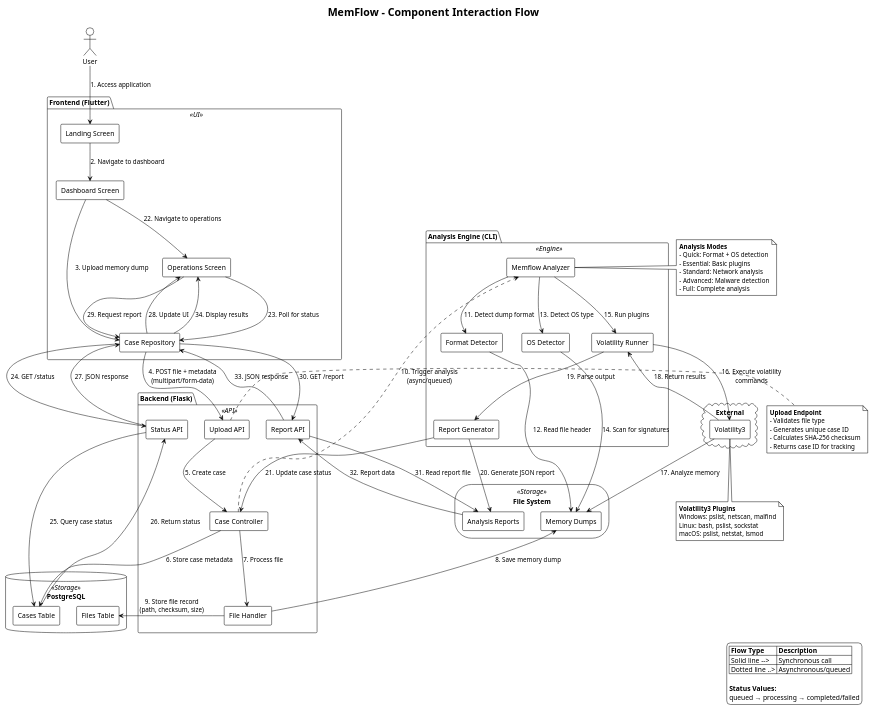
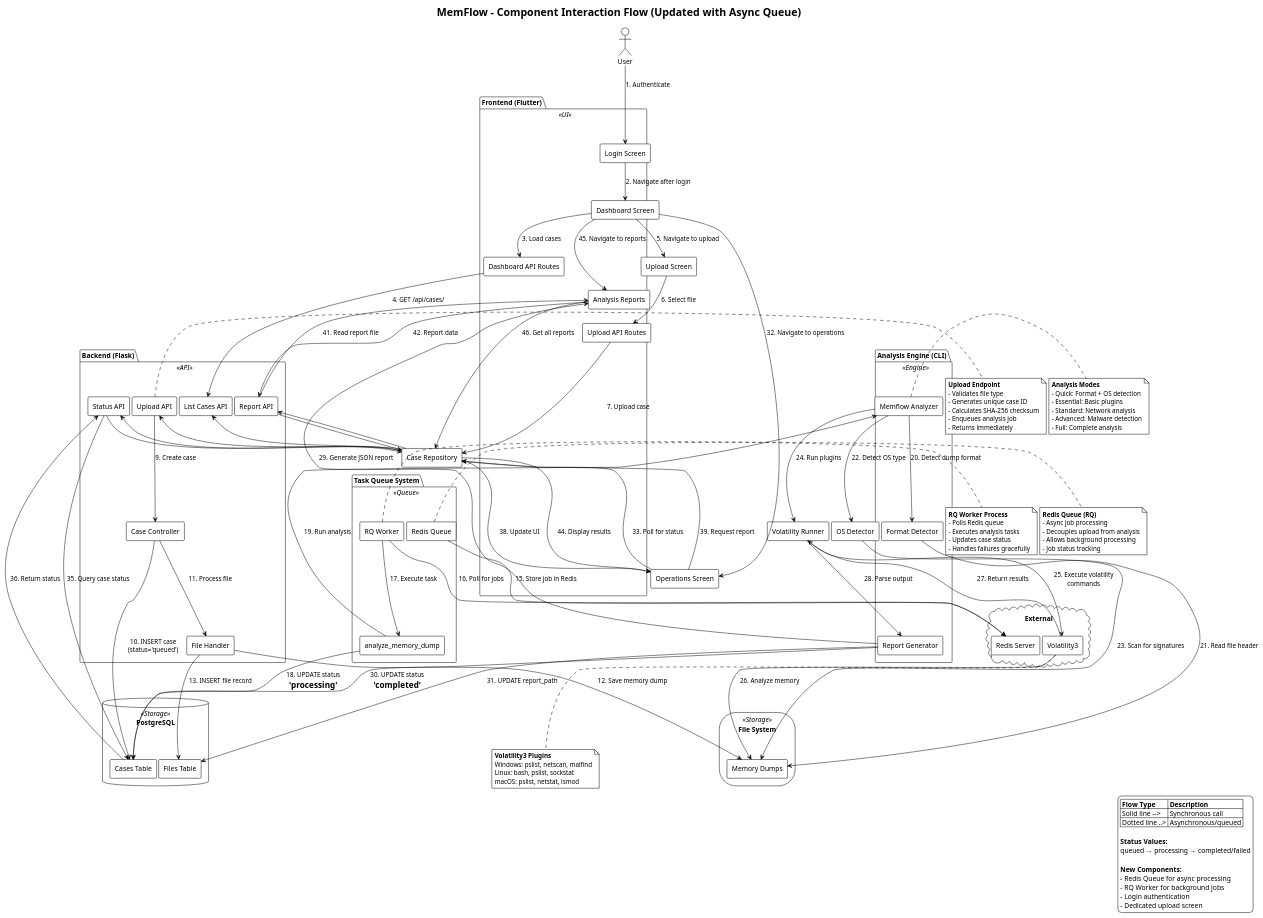
Before and after one commit to TechKing1/MemFlow: the diagram in uml/component_flow.puml, drawn with PlantUML. The commit also changed 3 other files, not shown here.

Commit message:
Updated UML diagrams to match updated project structure

```diff
--- a/uml/component_flow.puml
+++ b/uml/component_flow.puml
@@ -1,138 +1,195 @@
 @startuml MemFlow Component Diagram
 
 !theme plain
 skinparam componentStyle rectangle
 skinparam backgroundColor #FFFFFF
 skinparam shadowing false
 
-title MemFlow - Component Interaction Flow
+title MemFlow - Component Interaction Flow (Updated with Async Queue)
 
 ' Define components with colors
 skinparam component {
     BackgroundColor<<UI>> #E3F2FD
     BorderColor<<UI>> #1976D2
     BackgroundColor<<API>> #FFF3E0
     BorderColor<<API>> #F57C00
+    BackgroundColor<<Queue>> #FFF9C4
+    BorderColor<<Queue>> #F57F17
     BackgroundColor<<Engine>> #E8F5E9
     BorderColor<<Engine>> #388E3C
     BackgroundColor<<Storage>> #F3E5F5
     BorderColor<<Storage>> #7B1FA2
 }
 
 actor User
 
 package "Frontend (Flutter)" <<UI>> {
-    component [Landing Screen] as Landing
+    component [Login Screen] as Login
     component [Dashboard Screen] as Dashboard
+    component [Upload Screen] as Upload
     component [Operations Screen] as Operations
+    component [Reports Screen] as Reports
+    component [Upload API Routes] as UploadRoutes
+    component [Dashboard API Routes] as DashRoutes
     component [Case Repository] as FrontRepo
 }
 
 package "Backend (Flask)" <<API>> {
     component [Upload API] as UploadAPI
     component [Status API] as StatusAPI
     component [Report API] as ReportAPI
+    component [List Cases API] as ListAPI
     component [Case Controller] as CaseCtrl
     component [File Handler] as FileHandler
+}
+
+package "Task Queue System" <<Queue>> {
+    component [Redis Queue] as Queue
+    component [RQ Worker] as Worker
+    component [analyze_memory_dump] as AnalyzeTask
 }
 
 package "Analysis Engine (CLI)" <<Engine>> {
     component [Memflow Analyzer] as Analyzer
     component [Format Detector] as FormatDet
     component [OS Detector] as OSDet
     component [Volatility Runner] as VolRunner
     component [Report Generator] as ReportGen
 }
 
 database "PostgreSQL" <<Storage>> {
     component [Cases Table] as CasesDB
     component [Files Table] as FilesDB
 }
 
 storage "File System" <<Storage>> {
     folder [Memory Dumps] as Dumps
     folder [Analysis Reports] as Reports
 }
 
 cloud "External" {
     component [Volatility3] as Vol3
+    component [Redis Server] as Redis
 }
 
-' User interactions
-User --> Landing : 1. Access application
-Landing --> Dashboard : 2. Navigate to dashboard
-Dashboard --> FrontRepo : 3. Upload memory dump
+' User authentication and navigation
+User --> Login : 1. Authenticate
+Login --> Dashboard : 2. Navigate after login
+Dashboard --> DashRoutes : 3. Load cases
+DashRoutes --> ListAPI : 4. GET /api/cases/
 
 ' Upload flow
-FrontRepo --> UploadAPI : 4. POST file + metadata\n(multipart/form-data)
-UploadAPI --> CaseCtrl : 5. Create case
-CaseCtrl --> CasesDB : 6. Store case metadata
-CaseCtrl --> FileHandler : 7. Process file
-FileHandler --> Dumps : 8. Save memory dump
-FileHandler --> FilesDB : 9. Store file record\n(path, checksum, size)
+Dashboard --> Upload : 5. Navigate to upload
+Upload --> UploadRoutes : 6. Select file
+UploadRoutes --> FrontRepo : 7. Upload case
+FrontRepo --> UploadAPI : 8. POST /api/cases/upload\n(multipart/form-data)
+
+UploadAPI --> CaseCtrl : 9. Create case
+CaseCtrl --> CasesDB : 10. INSERT case\n(status='queued')
+CaseCtrl --> FileHandler : 11. Process file
+FileHandler --> Dumps : 12. Save memory dump
+FileHandler --> FilesDB : 13. INSERT file record
+
+' Async job queuing (NEW)
+CaseCtrl ..> Queue : 14. Enqueue analysis job\n(async)
+Queue --> Redis : 15. Store job in Redis
+
+' Worker picks up job (NEW)
+Worker --> Redis : 16. Poll for jobs
+Worker --> AnalyzeTask : 17. Execute task
+AnalyzeTask --> CasesDB : 18. UPDATE status\n='processing'
 
 ' Analysis flow
-CaseCtrl ..> Analyzer : 10. Trigger analysis\n(async/queued)
-Analyzer --> FormatDet : 11. Detect dump format
-FormatDet --> Dumps : 12. Read file header
-Analyzer --> OSDet : 13. Detect OS type
-OSDet --> Dumps : 14. Scan for signatures
-Analyzer --> VolRunner : 15. Run plugins
-VolRunner --> Vol3 : 16. Execute volatility\ncommands
-Vol3 --> Dumps : 17. Analyze memory
-Vol3 --> VolRunner : 18. Return results
-VolRunner --> ReportGen : 19. Parse output
-ReportGen --> Reports : 20. Generate JSON report
-ReportGen --> CaseCtrl : 21. Update case status
+AnalyzeTask --> Analyzer : 19. Run analysis
+Analyzer --> FormatDet : 20. Detect dump format
+FormatDet --> Dumps : 21. Read file header
+Analyzer --> OSDet : 22. Detect OS type
+OSDet --> Dumps : 23. Scan for signatures
+Analyzer --> VolRunner : 24. Run plugins
+VolRunner --> Vol3 : 25. Execute volatility\ncommands
+Vol3 --> Dumps : 26. Analyze memory
+Vol3 --> VolRunner : 27. Return results
+VolRunner --> ReportGen : 28. Parse output
+ReportGen --> Reports : 29. Generate JSON report
+ReportGen --> CasesDB : 30. UPDATE status\n='completed'
+ReportGen --> FilesDB : 31. UPDATE report_path
 
 ' Status polling
-Dashboard --> Operations : 22. Navigate to operations
-Operations --> FrontRepo : 23. Poll for status
-FrontRepo --> StatusAPI : 24. GET /status
-StatusAPI --> CasesDB : 25. Query case status
-CasesDB --> StatusAPI : 26. Return status
-StatusAPI --> FrontRepo : 27. JSON response
-FrontRepo --> Operations : 28. Update UI
+Dashboard --> Operations : 32. Navigate to operations
+Operations --> FrontRepo : 33. Poll for status
+FrontRepo --> StatusAPI : 34. GET /api/cases/{id}/status
+StatusAPI --> CasesDB : 35. Query case status
+CasesDB --> StatusAPI : 36. Return status
+StatusAPI --> FrontRepo : 37. JSON response
+FrontRepo --> Operations : 38. Update UI
 
 ' Report retrieval
-Operations --> FrontRepo : 29. Request report
-FrontRepo --> ReportAPI : 30. GET /report
-ReportAPI --> Reports : 31. Read report file
-Reports --> ReportAPI : 32. Report data
-ReportAPI --> FrontRepo : 33. JSON response
-FrontRepo --> Operations : 34. Display results
+Operations --> FrontRepo : 39. Request report
+FrontRepo --> ReportAPI : 40. GET /api/cases/{id}/report
+ReportAPI --> Reports : 41. Read report file
+Reports --> ReportAPI : 42. Report data
+ReportAPI --> FrontRepo : 43. JSON response
+FrontRepo --> Operations : 44. Display results
+
+' View all reports
+Dashboard --> Reports : 45. Navigate to reports
+Reports --> FrontRepo : 46. Get all reports
+FrontRepo --> ListAPI : 47. GET /api/cases/\n?status=completed
+
+note right of Queue
+    **Redis Queue (RQ)**
+    - Async job processing
+    - Decouples upload from analysis
+    - Allows background processing
+    - Job status tracking
+end note
+
+note right of Worker
+    **RQ Worker Process**
+    - Polls Redis queue
+    - Executes analysis tasks
+    - Updates case status
+    - Handles failures gracefully
+end note
 
 note right of UploadAPI
     **Upload Endpoint**
     - Validates file type
     - Generates unique case ID
     - Calculates SHA-256 checksum
-    - Returns case ID for tracking
+    - Enqueues analysis job
+    - Returns immediately
 end note
 
 note right of Analyzer
     **Analysis Modes**
     - Quick: Format + OS detection
     - Essential: Basic plugins
     - Standard: Network analysis
     - Advanced: Malware detection
     - Full: Complete analysis
 end note
 
 note bottom of Vol3
     **Volatility3 Plugins**
     Windows: pslist, netscan, malfind
     Linux: bash, pslist, sockstat
     macOS: pslist, netstat, lsmod
 end note
 
 legend right
     |= Flow Type |= Description |
     | Solid line --> | Synchronous call |
     | Dotted line ..> | Asynchronous/queued |
     
     **Status Values:**
     queued → processing → completed/failed
+    
+    **New Components:**
+    - Redis Queue for async processing
+    - RQ Worker for background jobs
+    - Login authentication
+    - Dedicated upload screen
 endlegend
 
 @enduml
```
